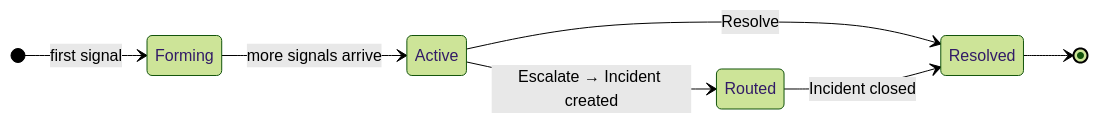
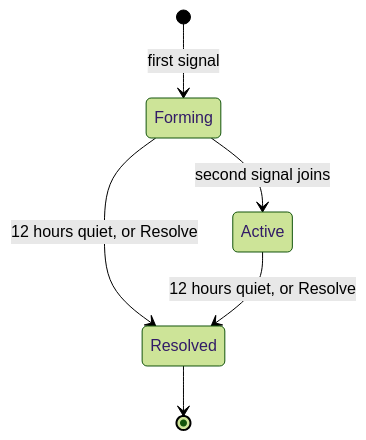
One commit to nhat-tranvan/docs changed the diagram in vi/guide/pulse/clusters.mdx. Above: the diagram before and after it, drawn with Mermaid (forest theme). The commit also changed other lines of this file and 276 other files, not shown here.

````diff
--- a/vi/guide/pulse/clusters.mdx
+++ b/vi/guide/pulse/clusters.mdx
@@ -72,10 +13,8 @@
 ```mermaid
 stateDiagram-v2
-    direction LR
-    [*] --> Forming : first signal
-    Forming --> Active : more signals arrive
-    Active --> Routed : Escalate → Incident created
-    Active --> Resolved : Resolve
-    Routed --> Resolved : Incident closed
+    [*] --> Forming: first signal
+    Forming --> Active: second signal joins
+    Forming --> Resolved: 12 hours quiet, or Resolve
+    Active --> Resolved: 12 hours quiet, or Resolve
     Resolved --> [*]
 ```
````
